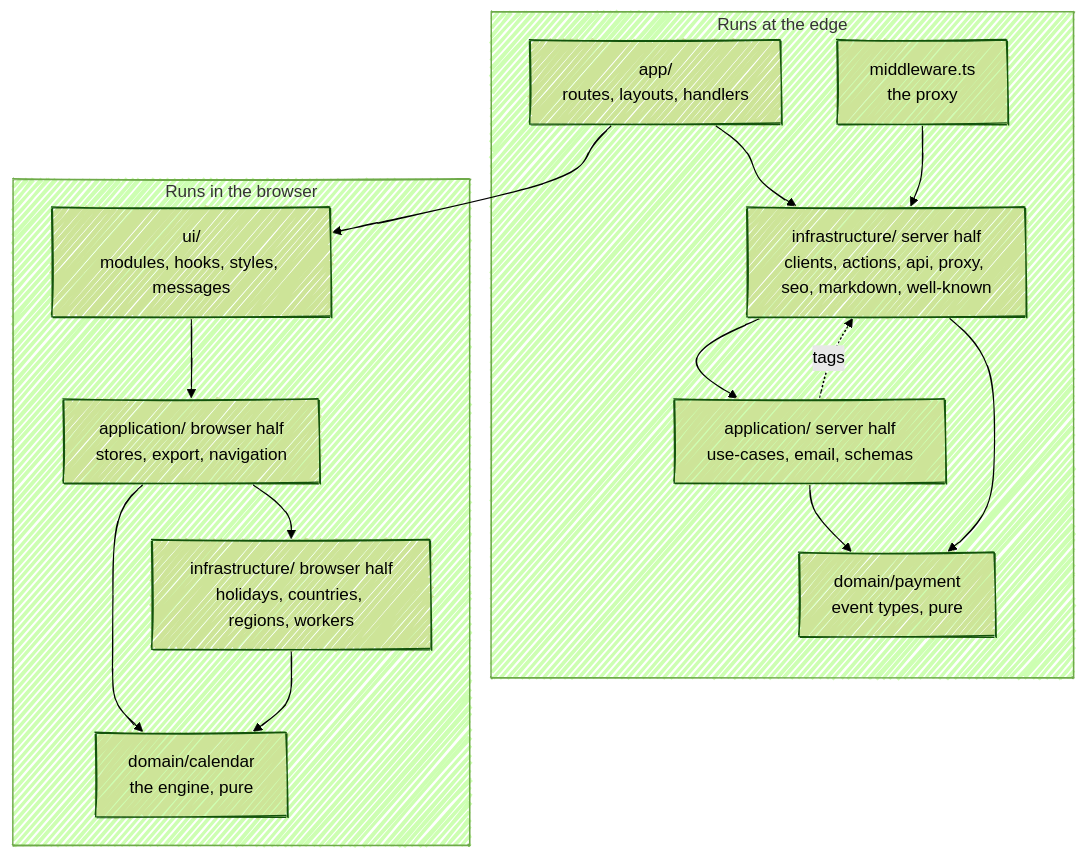
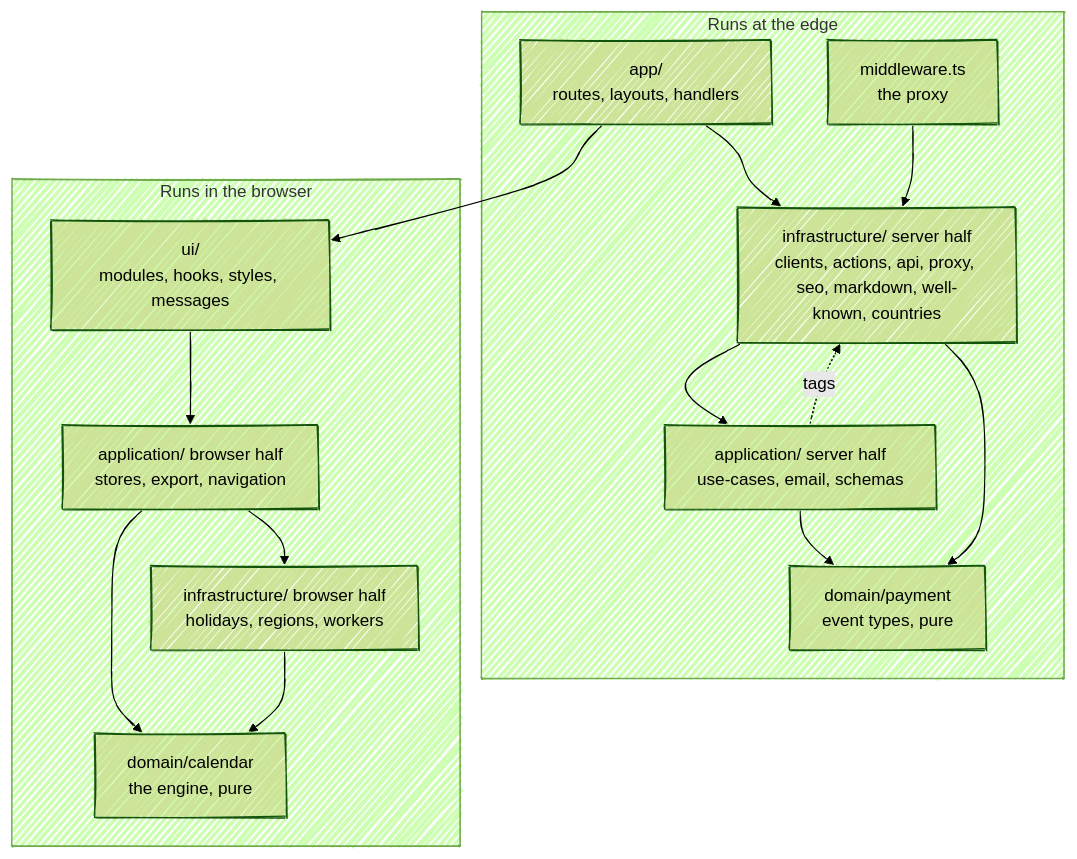
One commit to fbuireu/forever-pto changed the diagram in apps/docs/src/content/docs/architecture/layers.mdx. Above: the diagram before and after it, drawn with Mermaid (forest theme). The commit also changed other lines of this file and 21 other files, not shown here.

````diff
--- a/apps/docs/src/content/docs/architecture/layers.mdx
+++ b/apps/docs/src/content/docs/architecture/layers.mdx
@@ -10,28 +10,28 @@
 ```mermaid
 ---
 config:
   look: handDrawn
   layout: dagre
 ---
 flowchart TB
   subgraph edge [Runs at the edge]
     APP["app/<br/>routes, layouts, handlers"]
     MW["middleware.ts<br/>the proxy"]
-    INFS["infrastructure/ server half<br/>clients, actions, api, proxy, seo, markdown, well-known"]
+    INFS["infrastructure/ server half<br/>clients, actions, api, proxy, seo, markdown, well-known, countries"]
     APPS["application/ server half<br/>use-cases, email, schemas"]
     DP["domain/payment<br/>event types, pure"]
   end
   subgraph browser [Runs in the browser]
     UI["ui/<br/>modules, hooks, styles, messages"]
     APPB["application/ browser half<br/>stores, export, navigation"]
-    INFB["infrastructure/ browser half<br/>holidays, countries, regions, workers"]
+    INFB["infrastructure/ browser half<br/>holidays, regions, workers"]
     DC["domain/calendar<br/>the engine, pure"]
   end
   APP --> UI & INFS
   MW --> INFS
   INFS --> APPS --> DP
   INFS --> DP
   UI --> APPB --> DC
   APPB --> INFB --> DC
   APPS -. tags .-> INFS
 ```
````
